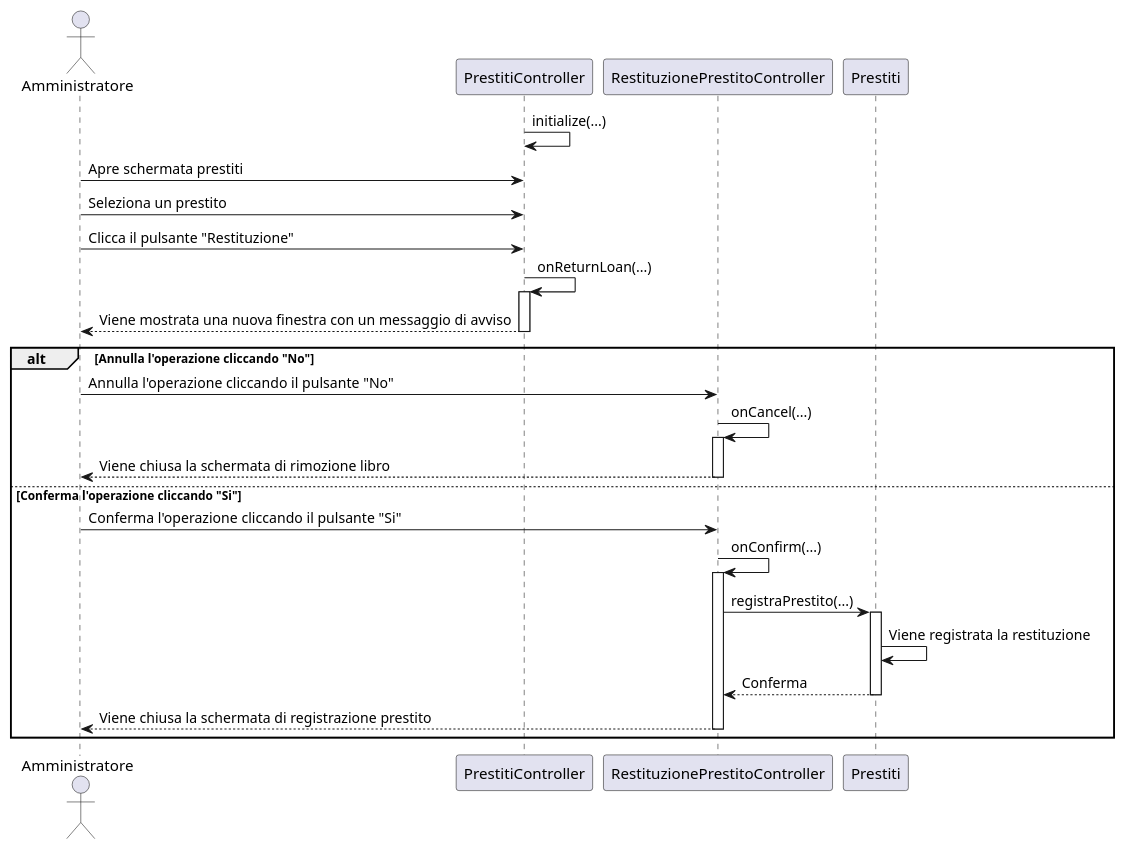
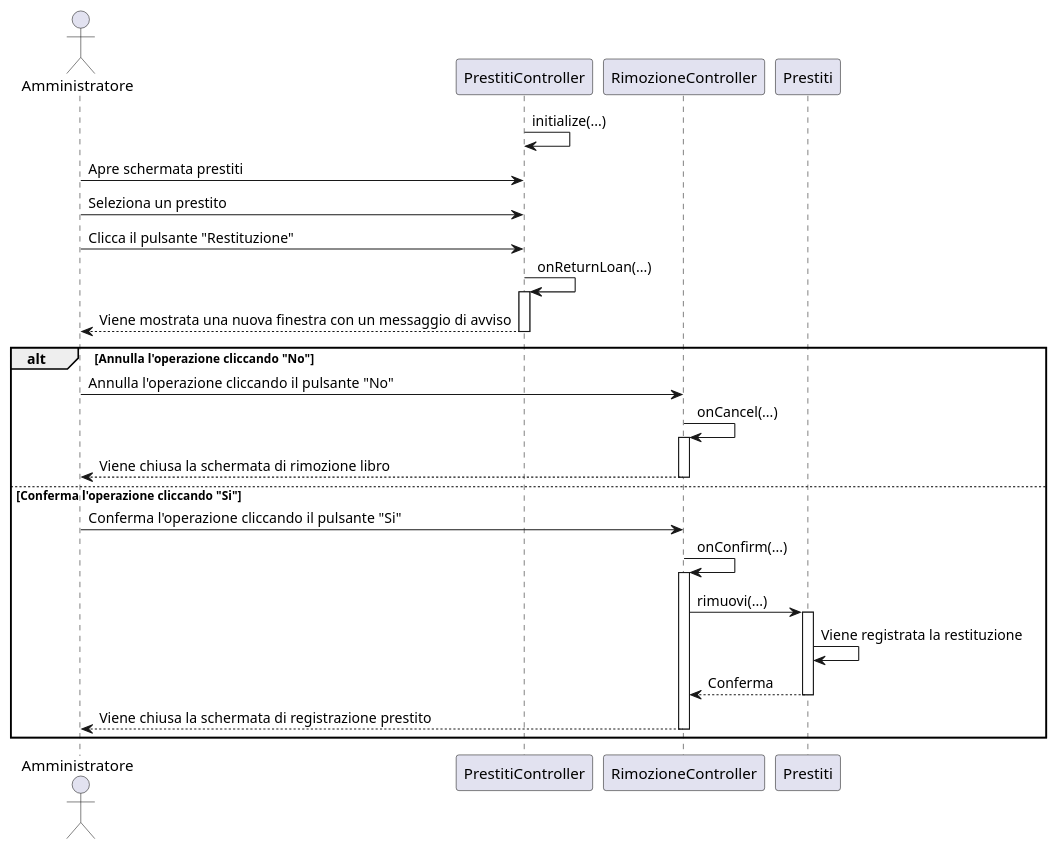
One commit to TitanVoid/ProgSE-Biblioteca changed the diagram in documents/DiagrammiUML/DiagrammiDiSequenza/diagrammaC14RegistraRestituzione.puml. Above: the diagram before and after it, drawn with PlantUML. The commit also changed 13 other files, not shown here.

Commit message:
aggiornamento diagrammi

```diff
--- a/documents/DiagrammiUML/DiagrammiDiSequenza/diagrammaC14RegistraRestituzione.puml
+++ b/documents/DiagrammiUML/DiagrammiDiSequenza/diagrammaC14RegistraRestituzione.puml
@@ -1,38 +1,38 @@
 @startuml
 
 	actor Amministratore as a
 	participant PrestitiController as cvp
-	participant RestituzionePrestitoController as rrc
+	participant RimozioneController as rrc
 	participant Prestiti as gp
 
 	cvp->cvp: initialize(...)
 	a->cvp: Apre schermata prestiti
 	a->cvp: Seleziona un prestito
 	a->cvp: Clicca il pulsante "Restituzione"
 	cvp->cvp: onReturnLoan(...)
 	activate cvp
 		cvp-->a: Viene mostrata una nuova finestra con un messaggio di avviso
 	deactivate cvp
 	
 	alt Annulla l'operazione cliccando "No"
 		a->rrc: Annulla l'operazione cliccando il pulsante "No"
 		rrc->rrc: onCancel(...)
 		activate rrc
 			rrc-->a: Viene chiusa la schermata di rimozione libro
 		deactivate rrc
 		
 	else Conferma l'operazione cliccando "Si"
 		a->rrc: Conferma l'operazione cliccando il pulsante "Si"
 		rrc->rrc: onConfirm(...)
 		activate rrc
-			rrc->gp: registraPrestito(...)
+			rrc->gp: rimuovi(...)
 			activate gp
 				gp->gp: Viene registrata la restituzione
 				gp-->rrc: Conferma
 			deactivate gp
 		rrc-->a: Viene chiusa la schermata di registrazione prestito
 		deactivate rrc
 	end	
 
 
 @enduml
```
